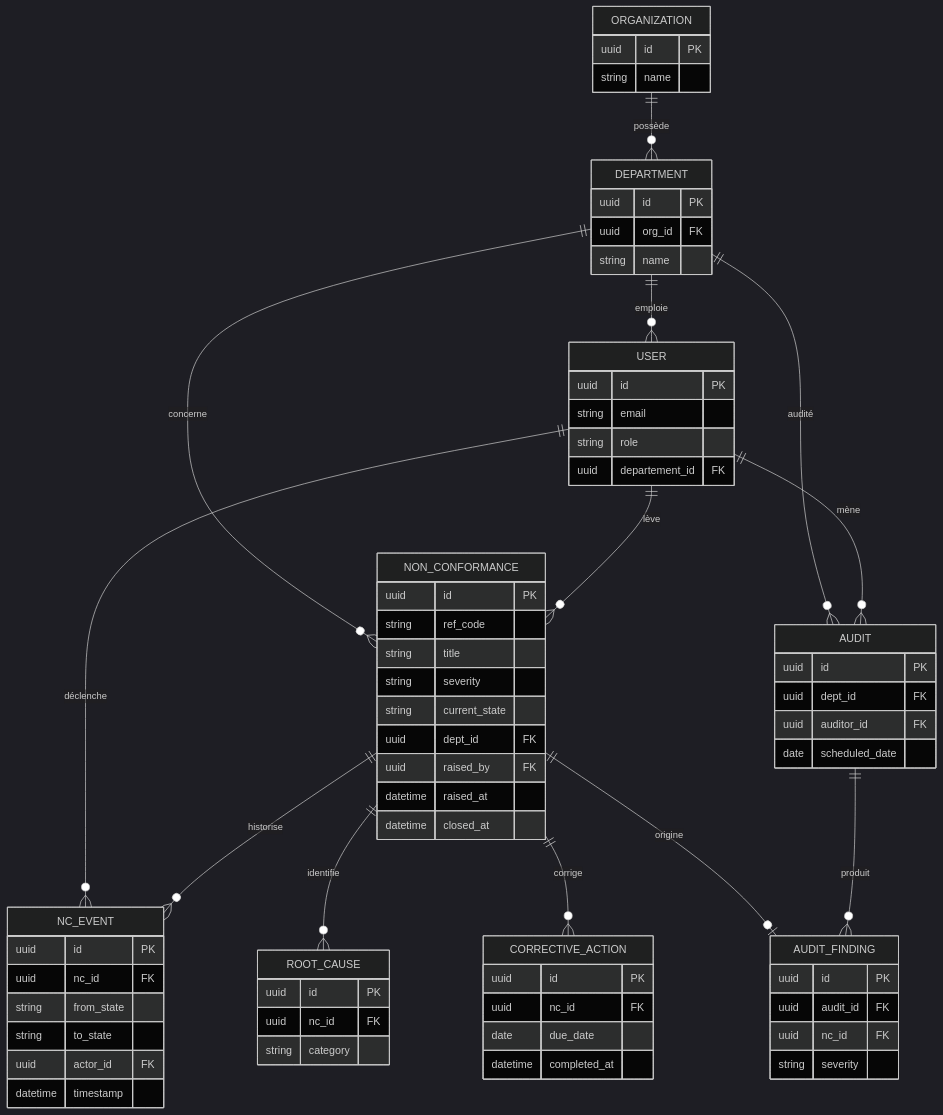
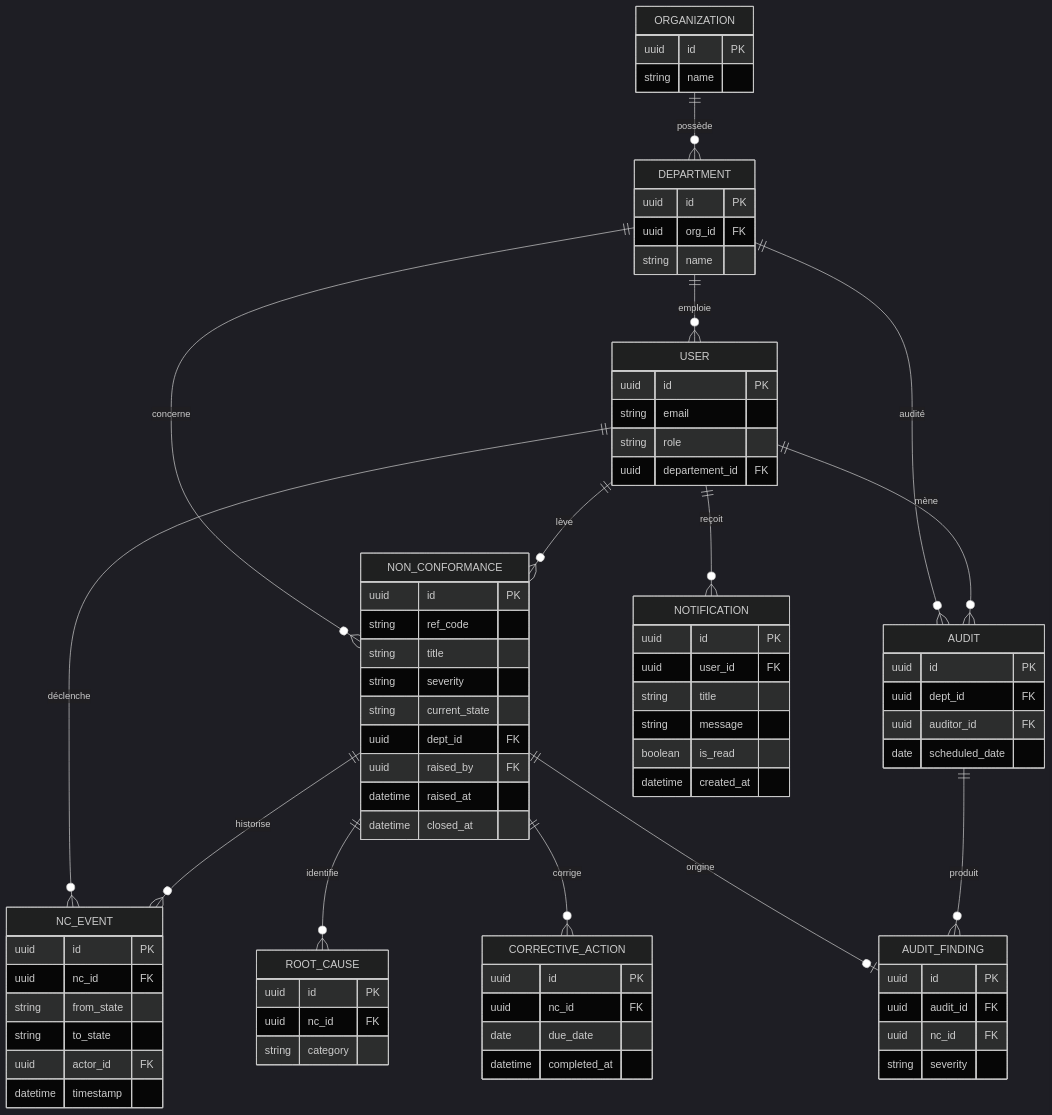
Before and after one commit to bdraja09/nexus-quality-tracker: the third of 3 diagrams in README.md, drawn with Mermaid (dark theme). The commit also changed other lines of this file and 4 other files, not shown here.

````diff
--- a/README.md
+++ b/README.md
@@ -92,6 +132,7 @@
     USER ||--o{ NON_CONFORMANCE : lève
     USER ||--o{ NC_EVENT : déclenche
     USER ||--o{ AUDIT : mène
+    USER ||--o{ NOTIFICATION : reçoit
 
     NON_CONFORMANCE ||--o{ NC_EVENT : historise
     NON_CONFORMANCE ||--o{ ROOT_CAUSE : identifie
@@ -157,4 +198,12 @@
         uuid nc_id FK
         string severity
     }
+    NOTIFICATION {
+        uuid id PK
+        uuid user_id FK
+        string title
+        string message
+        boolean is_read
+        datetime created_at
+    }
 ```
````
